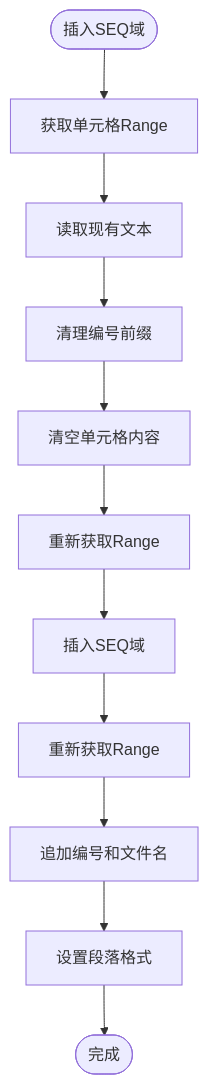
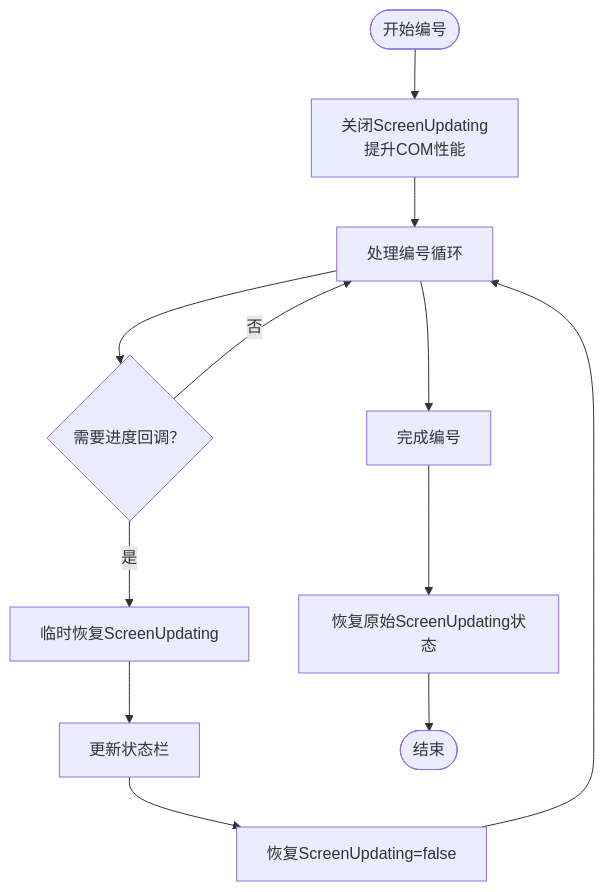
The seventh of 13 diagrams in .qoder/repowiki/zh/content/服务层/表格服务.md (rainiva/WordTools), drawn with Mermaid before and after one commit. The commit also changed other lines of this file and 6 other files, not shown here.

First line of the commit message:
perf: 内联编号+扫描优化+行准备加速+图片显示修复

````diff
--- a/.qoder/repowiki/zh/content/服务层/表格服务.md
+++ b/.qoder/repowiki/zh/content/服务层/表格服务.md
@@ -289,13 +336,14 @@
 ```mermaid
 flowchart TD
-Start(["插入SEQ域"]) --> GetRange["获取单元格Range"]
-GetRange --> ReadText["读取现有文本"]
-ReadText --> CleanText["清理编号前缀"]
-CleanText --> ClearCell["清空单元格内容"]
-ClearCell --> RegetRange["重新获取Range"]
-RegetRange --> InsertField["插入SEQ域"]
-InsertField --> RegetRange2["重新获取Range"]
-RegetRange2 --> AppendText["追加编号和文件名"]
-AppendText --> SetFormat["设置段落格式"]
-SetFormat --> End(["完成"])
+Start(["开始编号"]) --> CloseSU["关闭ScreenUpdating<br/>提升COM性能"]
+CloseSU --> ProcessLoop["处理编号循环"]
+ProcessLoop --> CheckCallback{"需要进度回调？"}
+CheckCallback --> |是| TempRestore["临时恢复ScreenUpdating"]
+TempRestore --> UpdateStatus["更新状态栏"]
+UpdateStatus --> RestoreSU["恢复ScreenUpdating=false"]
+RestoreSU --> ProcessLoop
+CheckCallback --> |否| ProcessLoop
+ProcessLoop --> Complete["完成编号"]
+Complete --> RestoreOriginal["恢复原始ScreenUpdating状态"]
+RestoreOriginal --> End(["结束"])
 ```
````
